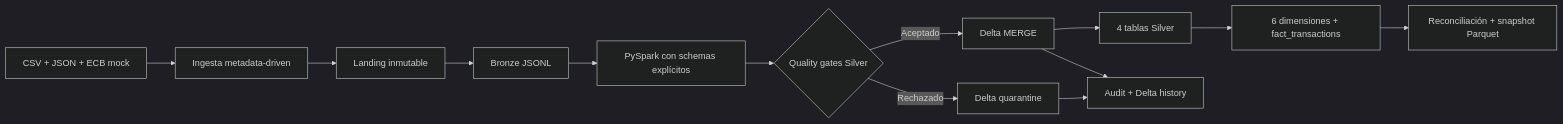
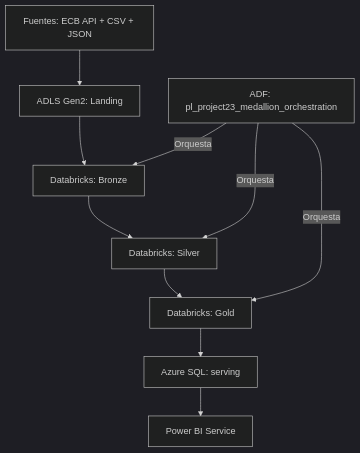
One commit to franciscosalaspla/data-engineering-portfolio changed the first of 3 diagrams in 23-azure-adf-databricks-bank-fx/docs/architecture.md. Above: the diagram before and after it, drawn with Mermaid (dark theme). The commit also changed other lines of this file and 7 other files, not shown here.

Commit message:
docs(project-23): close Azure end-to-end implementation

````diff
--- a/23-azure-adf-databricks-bank-fx/docs/architecture.md
+++ b/23-azure-adf-databricks-bank-fx/docs/architecture.md
@@ -9,15 +9,12 @@
 ```mermaid
-flowchart LR
-    S["CSV + JSON + ECB mock"] --> I["Ingesta metadata-driven"]
-    I --> L["Landing inmutable"]
-    L --> B["Bronze JSONL"]
-    B --> P["PySpark con schemas explícitos"]
-    P --> Q{"Quality gates Silver"}
-    Q -->|Aceptado| M["Delta MERGE"]
-    Q -->|Rechazado| X["Delta quarantine"]
-    M --> C["4 tablas Silver"]
-    C --> G["6 dimensiones + fact_transactions"]
-    G --> R["Reconciliación + snapshot Parquet"]
-    M --> A["Audit + Delta history"]
-    X --> A
+flowchart TD
+    S["Fuentes: ECB API + CSV + JSON"] --> L["ADLS Gen2: Landing"]
+    L --> B["Databricks: Bronze"]
+    B --> SI["Databricks: Silver"]
+    SI --> G["Databricks: Gold"]
+    G --> SQL["Azure SQL: serving"]
+    SQL --> BI["Power BI Service"]
+    ADF["ADF: pl_project23_medallion_orchestration"] -->|"Orquesta"| B
+    ADF -->|"Orquesta"| SI
+    ADF -->|"Orquesta"| G
 ```
````
